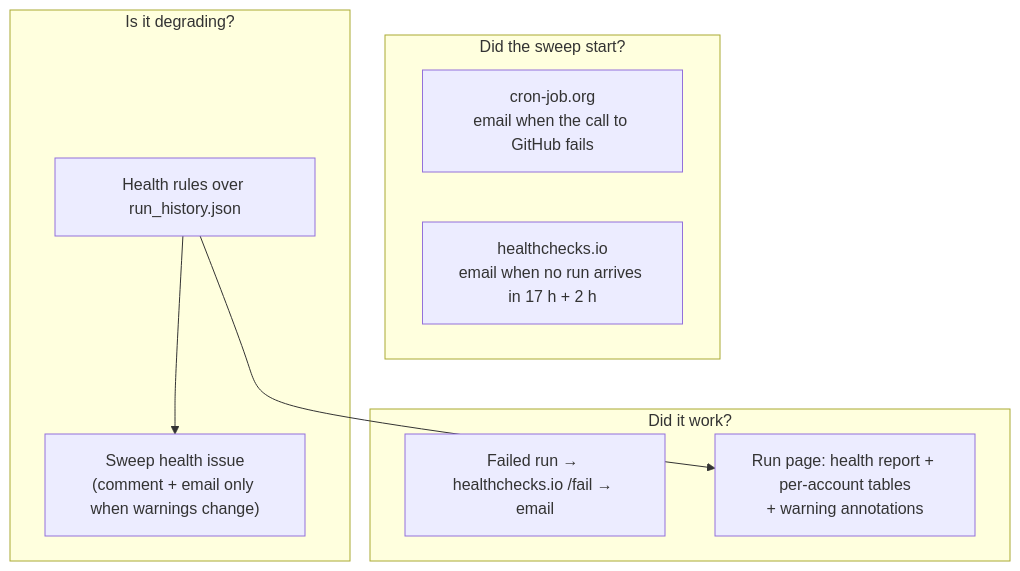
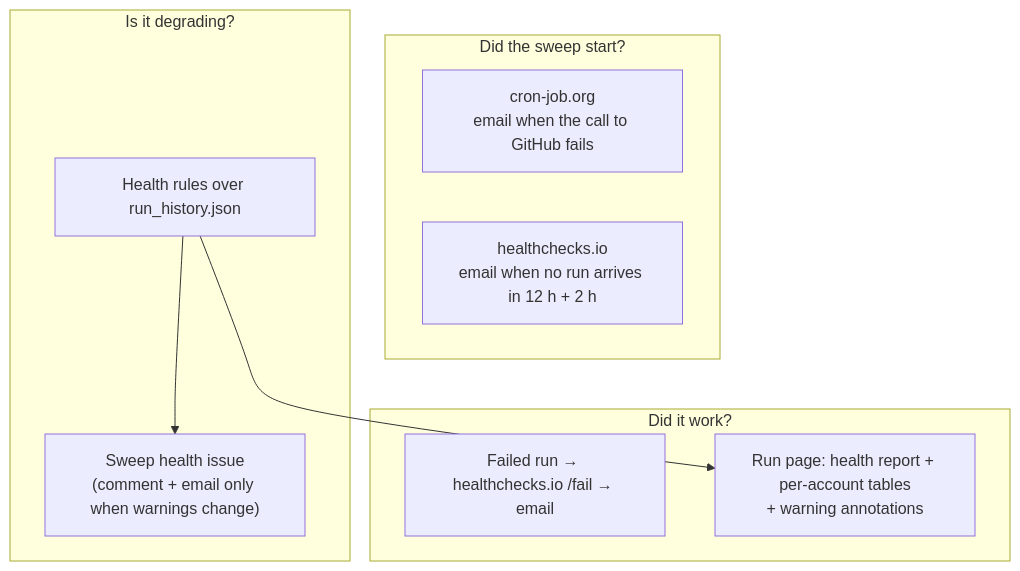
One commit to pa-bailar/backend changed the eighth of 12 diagrams in docs/ARCHITECTURE.md. Above: the diagram before and after it, drawn with Mermaid. The commit also changed other lines of this file and 4 other files, not shown here.

````diff
--- a/docs/ARCHITECTURE.md
+++ b/docs/ARCHITECTURE.md
@@ -553,17 +553,17 @@
 ```mermaid
 flowchart TB
     subgraph Start["Did the sweep start?"]
         CJ["cron-job.org<br/>email when the call to GitHub fails"]
-        HC["healthchecks.io<br/>email when no run arrives in 17 h + 2 h"]
+        HC["healthchecks.io<br/>email when no run arrives in 12 h + 2 h"]
     end
     subgraph Run["Did it work?"]
         FAIL["Failed run → healthchecks.io /fail → email"]
         SUM["Run page: health report + per-account tables<br/>+ warning annotations"]
     end
     subgraph Trend["Is it degrading?"]
         RULES["Health rules over run_history.json"]
         ISSUE["Sweep health issue<br/>(comment + email only when warnings change)"]
     end
     RULES --> ISSUE
     RULES --> SUM
 ```
````
